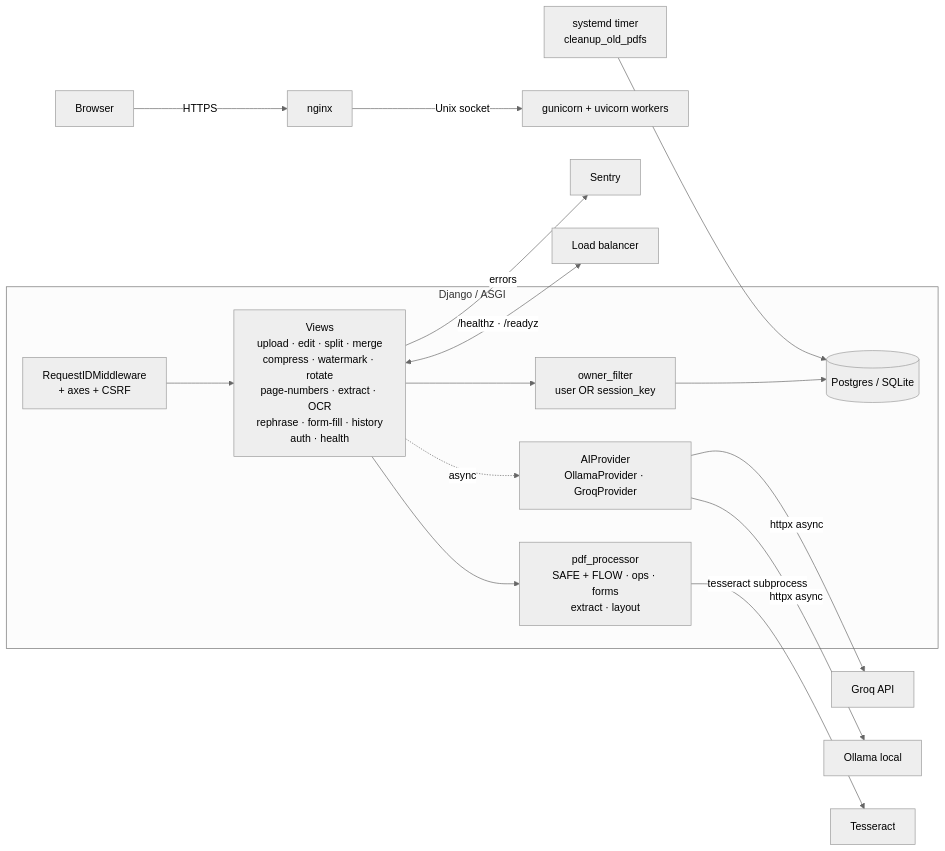
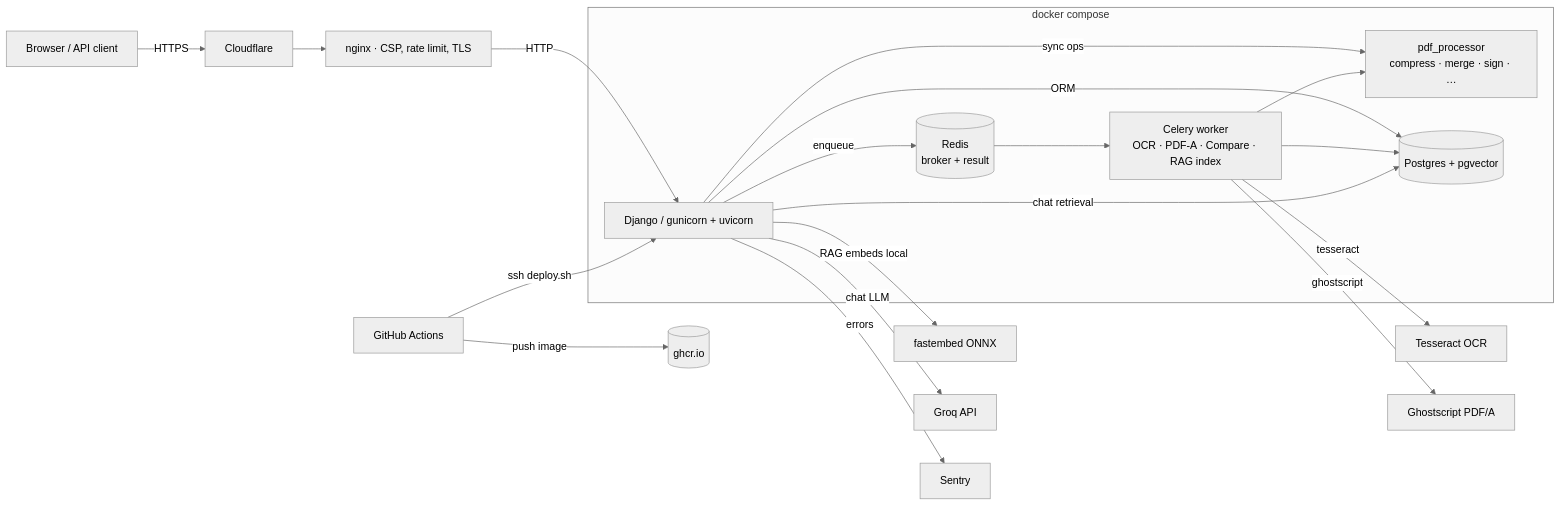
One commit to Alexandru2984/pdf_Editor_v2 changed the first of 2 diagrams in README.md. Above: the diagram before and after it, drawn with Mermaid (neutral theme). The commit also changed other lines of this file and 1 other file, not shown here.

Commit message:
Rewrite README — modern hero, current feature set, architecture diagrams

````diff
--- a/README.md
+++ b/README.md
@@ -30,28 +47,25 @@
 ```mermaid
 flowchart LR
-    Client[Browser] -->|HTTPS| Nginx[nginx]
-    Nginx -->|Unix socket| GU[gunicorn + uvicorn workers]
+    Client[Browser / API client] -->|HTTPS| CF[Cloudflare]
+    CF --> Nginx[nginx · CSP, rate limit, TLS]
+    Nginx -->|HTTP| Web[Django / gunicorn + uvicorn]
 
-    subgraph Django ["Django / ASGI"]
-        MW[RequestIDMiddleware<br/>+ axes + CSRF]
-        Views[Views<br/>upload · edit · split · merge<br/>compress · watermark · rotate<br/>page-numbers · extract · OCR<br/>rephrase · form-fill · history<br/>auth · health]
-        AuthFilter[owner_filter<br/>user OR session_key]
-        ORM[(Postgres / SQLite)]
-        PDFProc[pdf_processor<br/>SAFE + FLOW · ops · forms<br/>extract · layout]
-        AIProv[AIProvider<br/>OllamaProvider · GroqProvider]
-
-        MW --> Views
-        Views --> AuthFilter
-        AuthFilter --> ORM
-        Views --> PDFProc
-        Views -. async .-> AIProv
+    subgraph Compose ["docker compose"]
+        Web -->|sync ops| OPS[pdf_processor<br/>compress · merge · sign · …]
+        Web -->|enqueue| Redis[(Redis<br/>broker + result)]
+        Redis --> Worker[Celery worker<br/>OCR · PDF-A · Compare · RAG index]
+        Worker --> OPS
+        Web -->|ORM| DB[(Postgres + pgvector)]
+        Worker --> DB
+        Web -->|chat retrieval| DB
     end
 
-    AIProv -->|httpx async| Groq[Groq API]
-    AIProv -->|httpx async| Ollama[Ollama local]
-    PDFProc -->|tesseract subprocess| OCR[Tesseract]
-    Views -->|errors| Sentry[Sentry]
-    Views <-->|/healthz · /readyz| LB[Load balancer]
+    Worker -->|tesseract| OCR[Tesseract OCR]
+    Worker -->|ghostscript| GS[Ghostscript PDF/A]
+    Web -->|RAG embeds local| FE[fastembed ONNX]
+    Web -->|chat LLM| Groq[Groq API]
+    Web -->|errors| Sentry[Sentry]
 
-    Cleanup[systemd timer<br/>cleanup_old_pdfs] --> ORM
+    GHA[GitHub Actions] -->|push image| GHCR[(ghcr.io)]
+    GHA -->|ssh deploy.sh| Web
 ```
````
